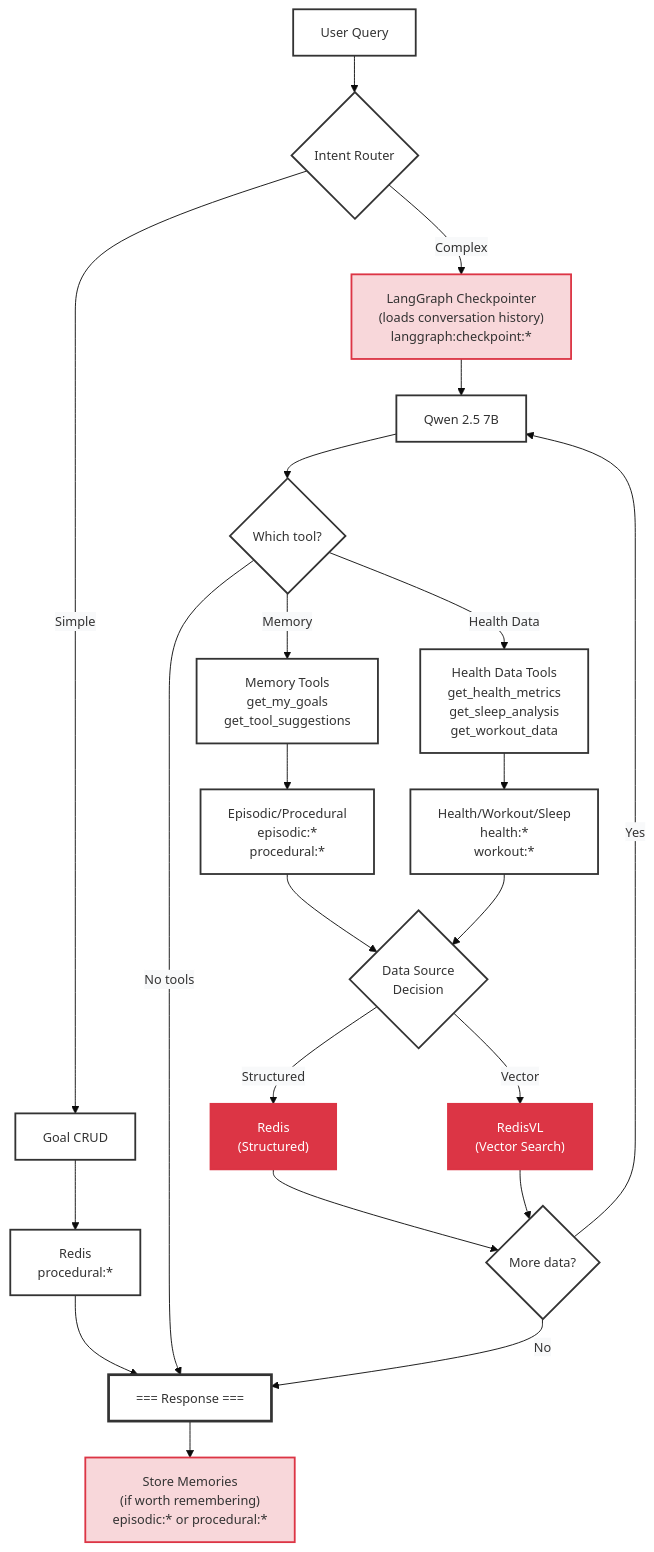
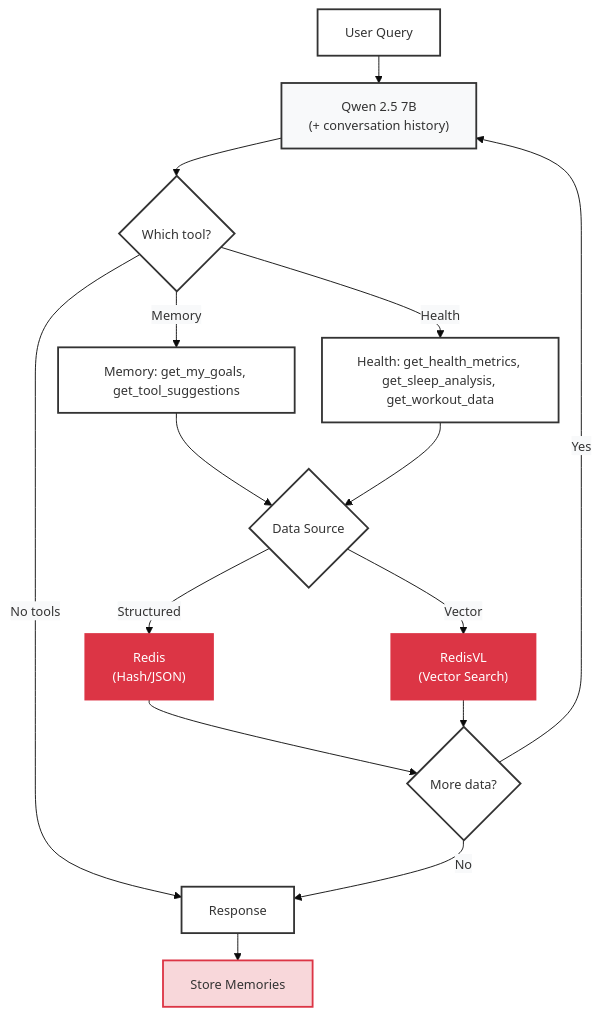
The second of 2 diagrams in docs/STATEFUL_AGENT.md (AllieRays/redis-wellness), drawn with Mermaid before and after one commit.

Commit message:
Keep Redis and RedisVL as separate distinct storage layers

````diff
--- a/docs/STATEFUL_AGENT.md
+++ b/docs/STATEFUL_AGENT.md
@@ -90,59 +90,42 @@
 ```mermaid
-%%{init: {'theme':'base', 'themeVariables': { 'fontSize':'14px', 'edgeLabelBackground':'#f8f9fa'}, 'flowchart': {'nodeSpacing': 40, 'rankSpacing': 40}}}%%
+%%{init: {'theme':'base', 'themeVariables': { 'fontSize':'14px', 'edgeLabelBackground':'#f8f9fa'}, 'flowchart': {'nodeSpacing': 30, 'rankSpacing': 30}}}%%
 flowchart TB
     Query["User Query"]
-    Router{"Intent Router"}
-    GoalOp["Goal CRUD"]
-    GoalRedis["Redis<br/>procedural:*"]
-    Memory["LangGraph Checkpointer<br/>(loads conversation history)<br/>langgraph:checkpoint:*"]
-    LLM["Qwen 2.5 7B"]
+    LLM["Qwen 2.5 7B<br/>(+ conversation history)"]
     Decision{"Which tool?"}
-    MemoryTools["Memory Tools<br/>get_my_goals<br/>get_tool_suggestions"]
-    HealthTools["Health Data Tools<br/>get_health_metrics<br/>get_sleep_analysis<br/>get_workout_data"]
-    MemoryData["Episodic/Procedural<br/>episodic:*<br/>procedural:*"]
-    HealthData["Health/Workout/Sleep<br/>health:*<br/>workout:*"]
-    DataSource{"Data Source<br/>Decision"}
-    RedisStructured["Redis<br/>(Structured)"]
-    RedisVector["RedisVL<br/>(Vector Search)"]
+    MemoryTools["Memory: get_my_goals, get_tool_suggestions"]
+    HealthTools["Health: get_health_metrics, get_sleep_analysis, get_workout_data"]
+    DataSource{"Data Source"}
+    Redis["Redis<br/>(Hash/JSON)"]
+    RedisVL["RedisVL<br/>(Vector Search)"]
     Loop{"More data?"}
-    Store["Store Memories<br/>(if worth remembering)<br/>episodic:* or procedural:*"]
-    Response["=== Response ==="]
-    Query --> Router
-    Router -->|Simple| GoalOp
-    Router -->|Complex| Memory
-    GoalOp --> GoalRedis
-    GoalRedis --> Response
-    Memory --> LLM
+    Response["Response"]
+    Store["Store Memories"]
+
+    Query --> LLM
     LLM --> Decision
     Decision -->|Memory| MemoryTools
-    Decision -->|Health Data| HealthTools
+    Decision -->|Health| HealthTools
     Decision -->|No tools| Response
-    MemoryTools --> MemoryData
-    HealthTools --> HealthData
-    MemoryData --> DataSource
-    HealthData --> DataSource
-    DataSource -->|Structured| RedisStructured
-    DataSource -->|Vector| RedisVector
-    RedisStructured --> Loop
-    RedisVector --> Loop
+    MemoryTools --> DataSource
+    HealthTools --> DataSource
+    DataSource -->|Structured| Redis
+    DataSource -->|Vector| RedisVL
+    Redis --> Loop
+    RedisVL --> Loop
     Loop -->|Yes| LLM
     Loop -->|No| Response
     Response --> Store
+
     style Query fill:#fff,stroke:#333,stroke-width:2px
-    style Router fill:#fff,stroke:#333,stroke-width:2px
-    style GoalOp fill:#fff,stroke:#333,stroke-width:2px
-    style GoalRedis fill:#fff,stroke:#333,stroke-width:2px
-    style Memory fill:#f8d7da,stroke:#dc3545,stroke-width:2px
-    style LLM fill:#fff,stroke:#333,stroke-width:2px
+    style LLM fill:#f8f9fa,stroke:#333,stroke-width:2px
     style Decision fill:#fff,stroke:#333,stroke-width:2px
     style MemoryTools fill:#fff,stroke:#333,stroke-width:2px
     style HealthTools fill:#fff,stroke:#333,stroke-width:2px
-    style MemoryData fill:#fff,stroke:#333,stroke-width:2px
-    style HealthData fill:#fff,stroke:#333,stroke-width:2px
     style DataSource fill:#fff,stroke:#333,stroke-width:2px
-    style RedisStructured fill:#dc3545,stroke:#dc3545,stroke-width:2px,color:#fff
-    style RedisVector fill:#dc3545,stroke:#dc3545,stroke-width:2px,color:#fff
+    style Redis fill:#dc3545,stroke:#dc3545,stroke-width:2px,color:#fff
+    style RedisVL fill:#dc3545,stroke:#dc3545,stroke-width:2px,color:#fff
     style Loop fill:#fff,stroke:#333,stroke-width:2px
+    style Response fill:#fff,stroke:#333,stroke-width:2px
     style Store fill:#f8d7da,stroke:#dc3545,stroke-width:2px
-    style Response fill:#fff,stroke:#333,stroke-width:3px,min-width:300px
 ```
````
